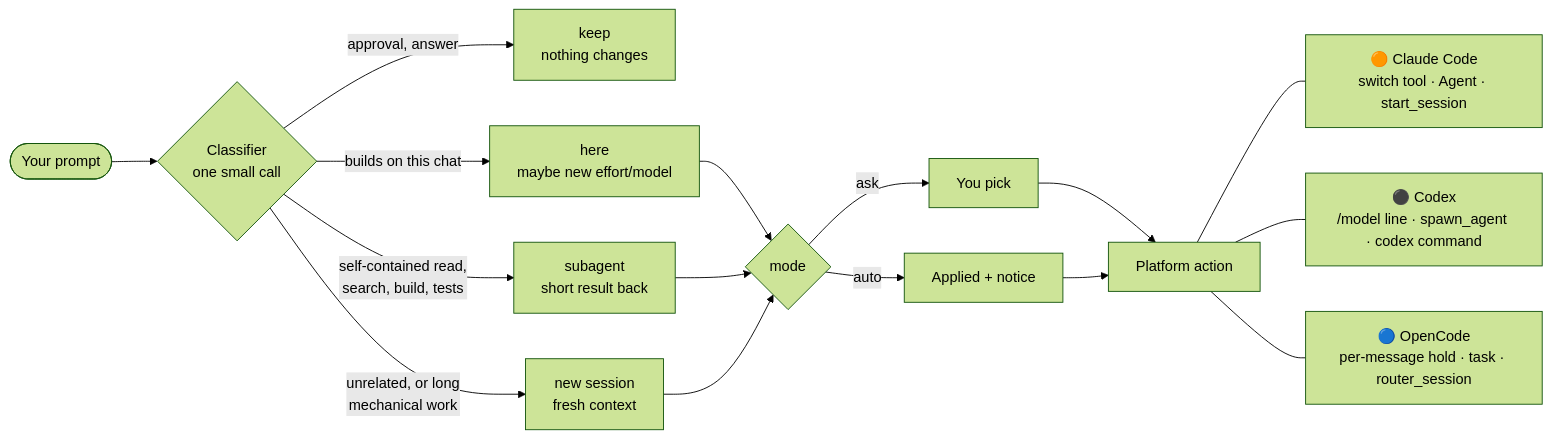
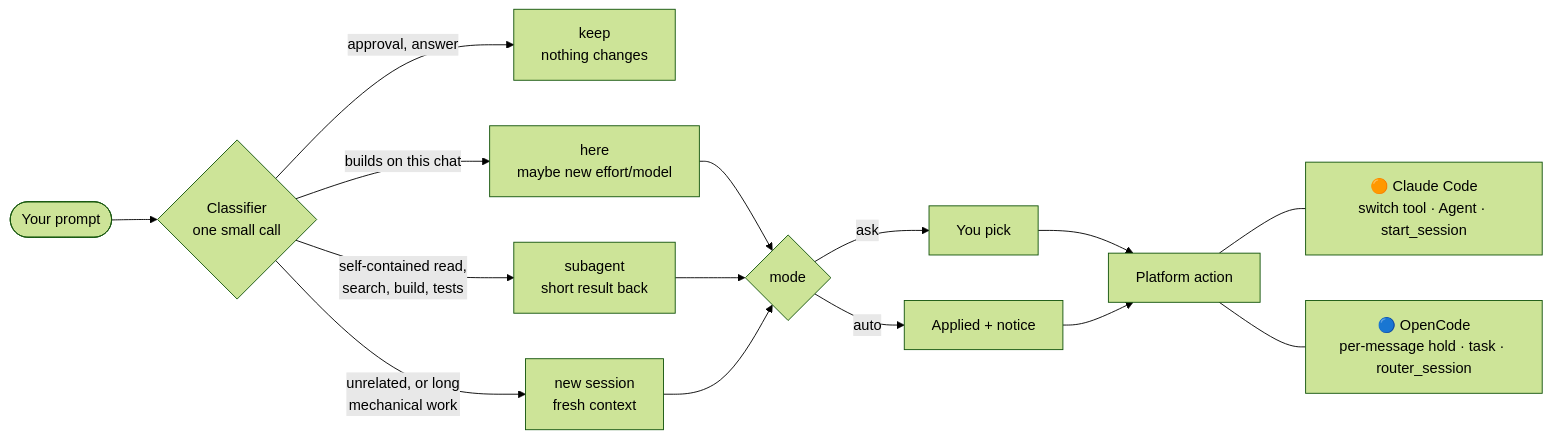
The diagram in README.md (Viktorooos/claude-prompt-router), drawn with Mermaid (forest theme) before and after one commit. The commit also changed other lines of this file and 3 other files, not shown here.

````diff
--- a/README.md
+++ b/README.md
@@ -49,18 +47,17 @@
 ```mermaid
 flowchart LR
     P([Your prompt]) --> C{Classifier<br/>one small call}
     C -->|approval, answer| K[keep<br/>nothing changes]
     C -->|builds on this chat| H[here<br/>maybe new effort/model]
     C -->|self-contained read,<br/>search, build, tests| S[subagent<br/>short result back]
     C -->|unrelated, or long<br/>mechanical work| N[new session<br/>fresh context]
     H --> M{mode}
     S --> M
     N --> M
     M -->|ask| Q[You pick]
     M -->|auto| A[Applied + notice]
     Q --> X[Platform action]
     A --> X
     X --- CC["🟠 Claude Code<br/>switch tool · Agent · start_session"]
-    X --- CX["⚫ Codex<br/>/model line · spawn_agent · codex command"]
     X --- OC["🔵 OpenCode<br/>per-message hold · task · router_session"]
 ```
````
